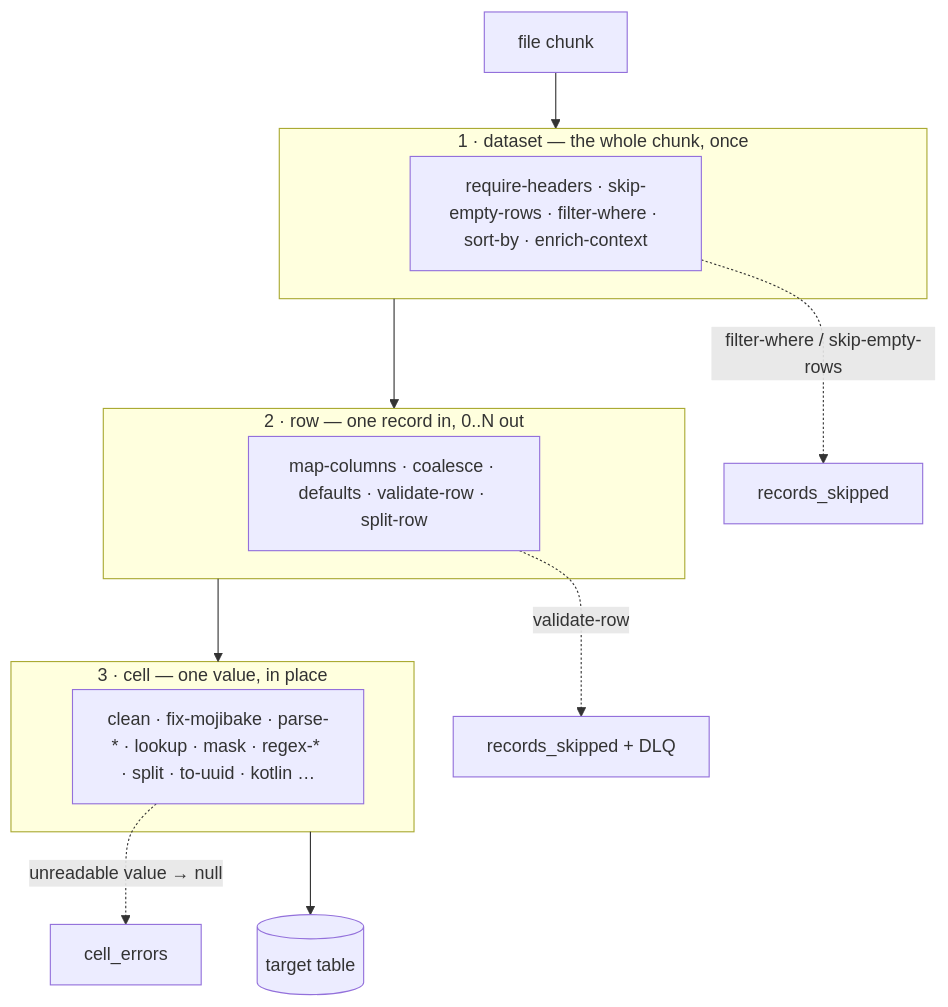
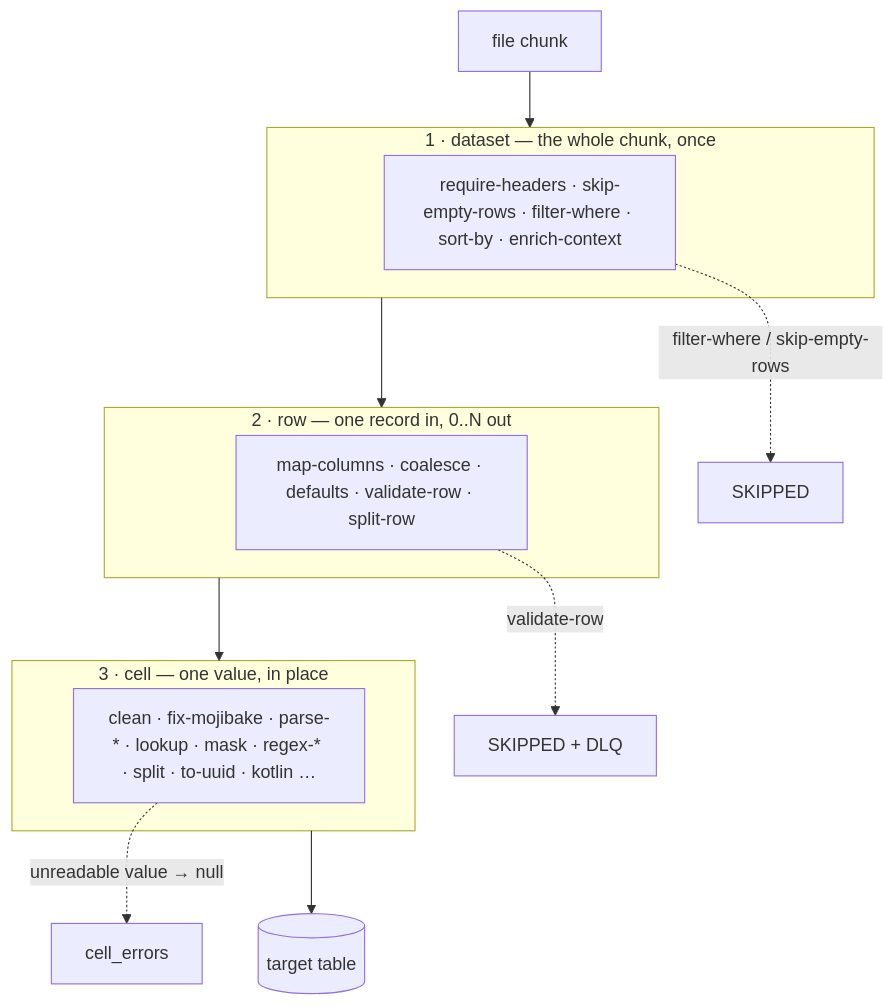
One commit to icreated/lumnik-open changed the diagram in docs/connectors/transformers.md. Above: the diagram before and after it, drawn with Mermaid. The commit also changed other lines of this file and 665 other files, not shown here.

````diff
--- a/docs/connectors/transformers.md
+++ b/docs/connectors/transformers.md
@@ -39,19 +37,19 @@
 ```mermaid
 flowchart TB
   F["file chunk"] --> D
   subgraph D["1 · dataset — the whole chunk, once"]
     D1["require-headers · skip-empty-rows · filter-where · sort-by · enrich-context"]
   end
   D --> R
   subgraph R["2 · row — one record in, 0..N out"]
     R1["map-columns · coalesce · defaults · validate-row · split-row"]
   end
   R --> C
   subgraph C["3 · cell — one value, in place"]
     C1["clean · fix-mojibake · parse-* · lookup · mask · regex-* · split · to-uuid · kotlin …"]
   end
   C --> T[("target table")]
-  D1 -. "filter-where / skip-empty-rows" .-> S["records_skipped"]
-  R1 -. "validate-row" .-> Q["records_skipped + DLQ"]
+  D1 -. "filter-where / skip-empty-rows" .-> S["SKIPPED"]
+  R1 -. "validate-row" .-> Q["SKIPPED + DLQ"]
   C1 -. "unreadable value → null" .-> E["cell_errors"]
 ```
````
